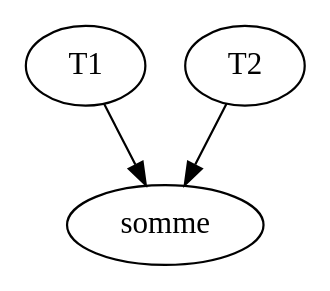
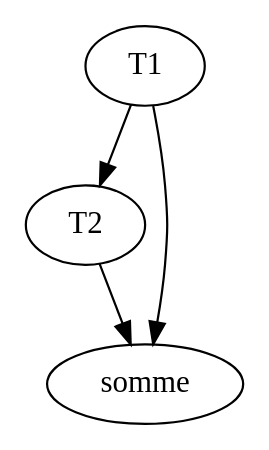
One commit to D-Davinson/projet-PMA changed the diagram in Digraph.gv. Above: the diagram before and after it, drawn with Graphviz. The commit also changed 1 other file, not shown here.

```diff
--- a/Digraph.gv
+++ b/Digraph.gv
@@ -1,7 +1,8 @@
 digraph {
 	T1
 	T2
+	T1 -> T2
 	somme
 	T1 -> somme
 	T2 -> somme
 }
```
